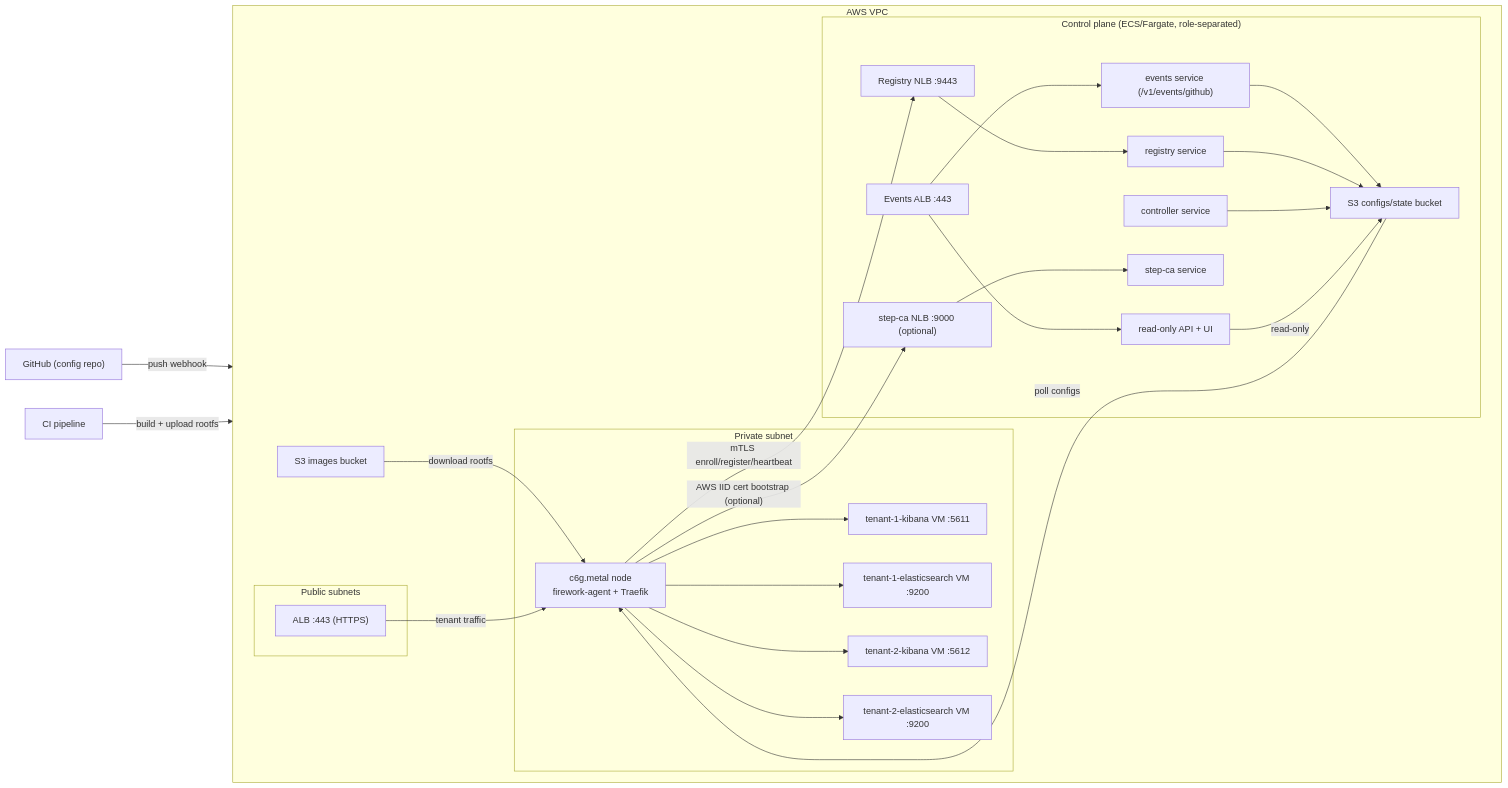
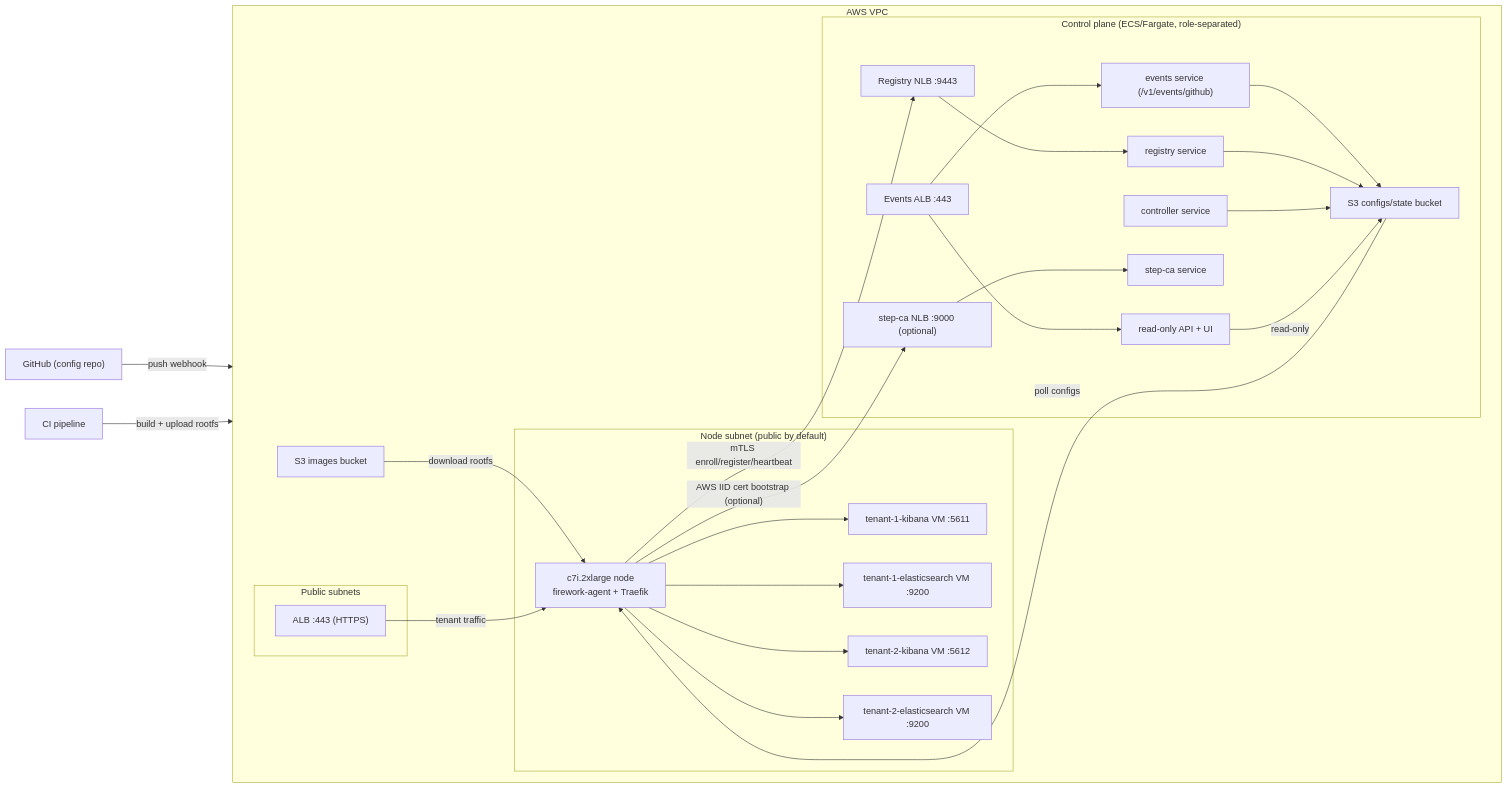
Before and after one commit to artemnikitin/firework-deployment-example: the diagram in README.md, drawn with Mermaid. The commit also changed other lines of this file and 12 other files, not shown here.

First line of the commit message:
Reduce AWS deployment cost: public node egress, S3 endpoint, cheaper nodes

````diff
--- a/README.md
+++ b/README.md
@@ -14,43 +14,43 @@
 ```mermaid
 flowchart LR
   GitHub["GitHub (config repo)"] -->|push webhook| EventsALB["Events ALB :443"]
   CI["CI pipeline"] -->|build + upload rootfs| S3Images["S3 images bucket"]
 
   subgraph VPC["AWS VPC"]
     direction LR
 
     subgraph ControlPlane["Control plane (ECS/Fargate, role-separated)"]
       EventsALB --> Events["events service (/v1/events/github)"]
       EventsALB --> API["read-only API + UI"]
       Events --> S3Configs["S3 configs/state bucket"]
       RegistryNLB["Registry NLB :9443"] --> Registry["registry service"]
       StepCANLB["step-ca NLB :9000 (optional)"] --> StepCA["step-ca service"]
       Registry --> S3Configs
       Controller["controller service"] --> S3Configs
       API -->|read-only| S3Configs
     end
 
     subgraph Public["Public subnets"]
       ALB["ALB :443 (HTTPS)"]
     end
 
-    subgraph Private["Private subnet"]
-      Node["c6g.metal node<br/>firework-agent + Traefik"]
+    subgraph Nodes["Node subnet (public by default)"]
+      Node["c7i.2xlarge node<br/>firework-agent + Traefik"]
       VM1["tenant-1-kibana VM :5611"]
       VM2["tenant-1-elasticsearch VM :9200"]
       VM3["tenant-2-kibana VM :5612"]
       VM4["tenant-2-elasticsearch VM :9200"]
 
       Node --> VM1
       Node --> VM2
       Node --> VM3
       Node --> VM4
     end
 
     S3Configs -->|poll configs| Node
     S3Images -->|download rootfs| Node
     Node -- "AWS IID cert bootstrap (optional)" --> StepCANLB
     Node -->|mTLS enroll/register/heartbeat| RegistryNLB
     ALB -->|tenant traffic| Node
   end
 ```
````
